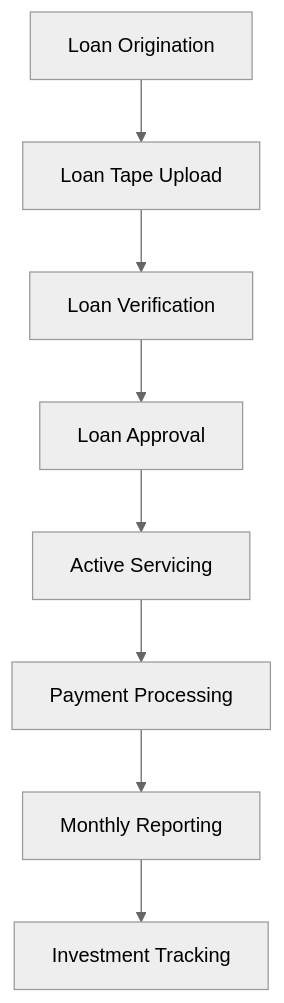
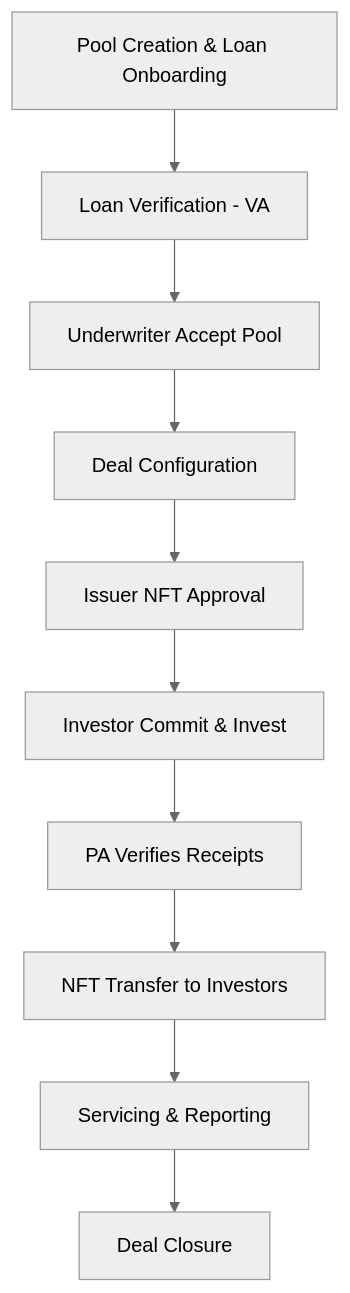
The diagram in user-guide/whole-loan/overview.mdx (vishnuprasad2003/docs), drawn with Mermaid (neutral theme) before and after one commit. The commit also changed other lines of this file and 6 other files, not shown here.

Commit message:
Remove outdated sections on loan origination, investment, servicing, and reporting from the user guide to streamline documentation. Update docs.json to reflect the new workflow structure and improve navigation for the Whole Loan process.

````diff
--- a/user-guide/whole-loan/overview.mdx
+++ b/user-guide/whole-loan/overview.mdx
@@ -14,10 +18,12 @@
 ```mermaid
 graph TD
-    A[Loan Origination] --> B[Loan Tape Upload]
-    B --> C[Loan Verification]
-    C --> D[Loan Approval]
-    D --> E[Active Servicing]
-    E --> F[Payment Processing]
-    F --> G[Monthly Reporting]
-    G --> H[Investment Tracking]
+    A[Pool Creation & Loan Onboarding] --> B[Loan Verification - VA]
+    B --> C[Underwriter Accept Pool]
+    C --> D[Deal Configuration]
+    D --> E[Issuer NFT Approval]
+    E --> F[Investor Commit & Invest]
+    F --> G[PA Verifies Receipts]
+    G --> H[NFT Transfer to Investors]
+    H --> I[Servicing & Reporting]
+    I --> J[Deal Closure]
 ```
````
